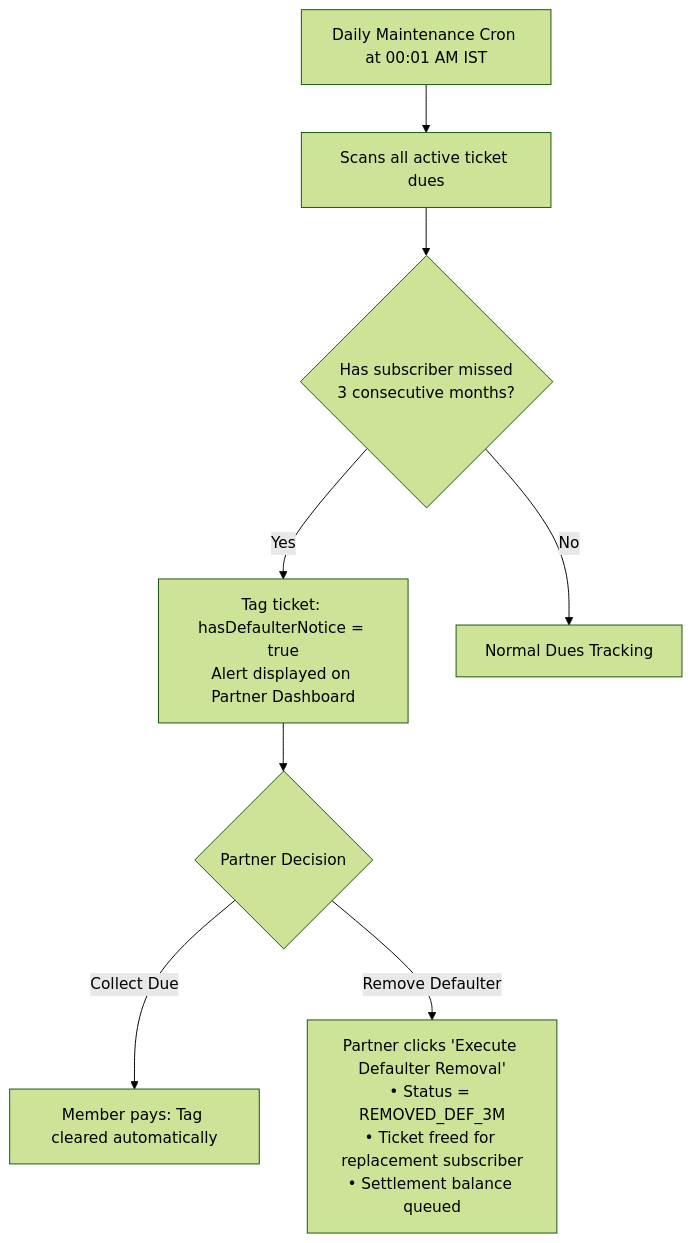
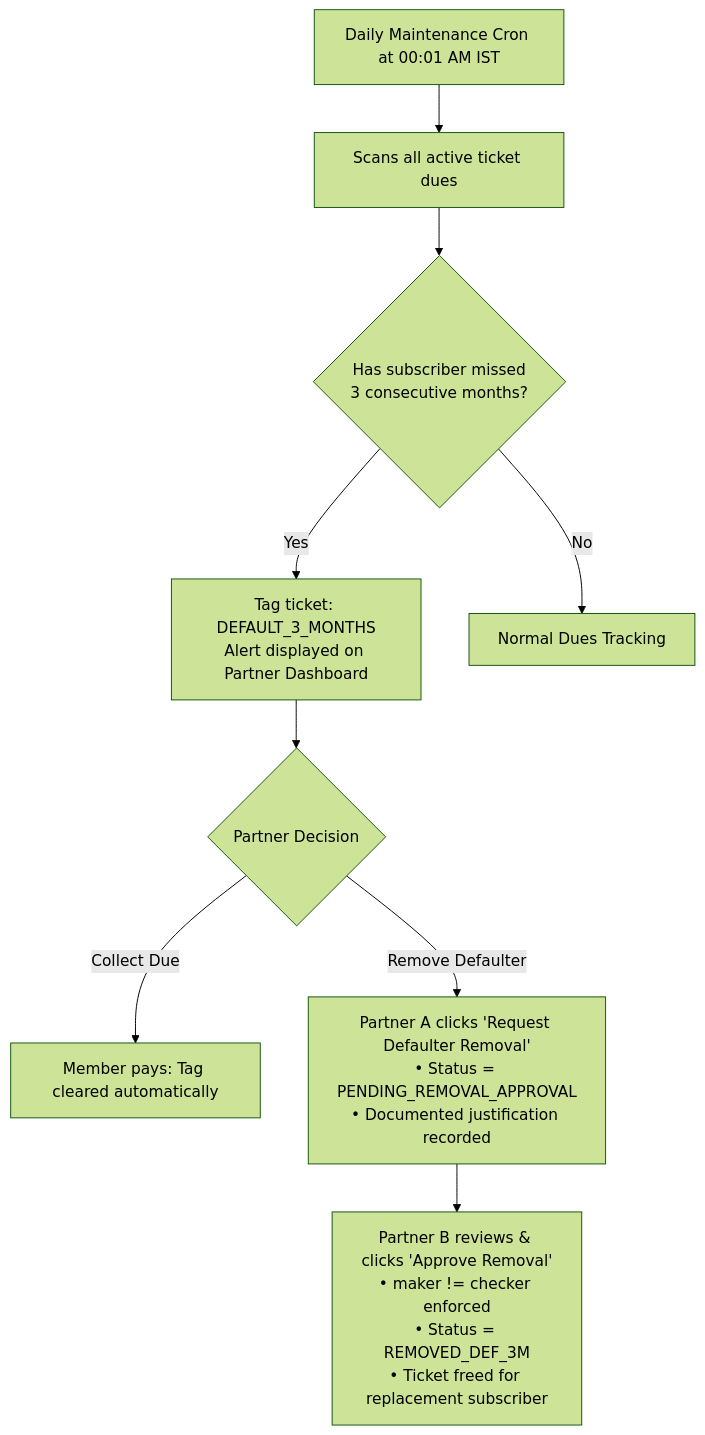
One commit to Kathir-24/Kumaran-finance changed diagram 12 of 15 in docs/07-operations/user-manuals/admin-foreman-manual.md. Above: the diagram before and after it, drawn with Mermaid (forest theme). The commit also changed other lines of this file and 25 other files, not shown here.

````diff
--- a/docs/07-operations/user-manuals/admin-foreman-manual.md
+++ b/docs/07-operations/user-manuals/admin-foreman-manual.md
@@ -324,10 +324,11 @@
 ```mermaid
 flowchart TD
     Cron["Daily Maintenance Cron at 00:01 AM IST"] --> Scan["Scans all active ticket dues"]
     Scan --> Check3M{"Has subscriber missed\n3 consecutive months?"}
-    Check3M -- Yes --> Tag["Tag ticket: hasDefaulterNotice = true\nAlert displayed on Partner Dashboard"]
+    Check3M -- Yes --> Tag["Tag ticket: DEFAULT_3_MONTHS\nAlert displayed on Partner Dashboard"]
     Check3M -- No --> Normal["Normal Dues Tracking"]
     Tag --> Action{"Partner Decision"}
     Action -- "Collect Due" --> Clear["Member pays: Tag cleared automatically"]
-    Action -- "Remove Defaulter" --> Remove["Partner clicks 'Execute Defaulter Removal'\n• Status = REMOVED_DEF_3M\n• Ticket freed for replacement subscriber\n• Settlement balance queued"]
+    Action -- "Remove Defaulter" --> Req["Partner A clicks 'Request Defaulter Removal'\n• Status = PENDING_REMOVAL_APPROVAL\n• Documented justification recorded"]
+    Req --> Appr["Partner B reviews & clicks 'Approve Removal'\n• maker != checker enforced\n• Status = REMOVED_DEF_3M\n• Ticket freed for replacement subscriber"]
 ```
````
